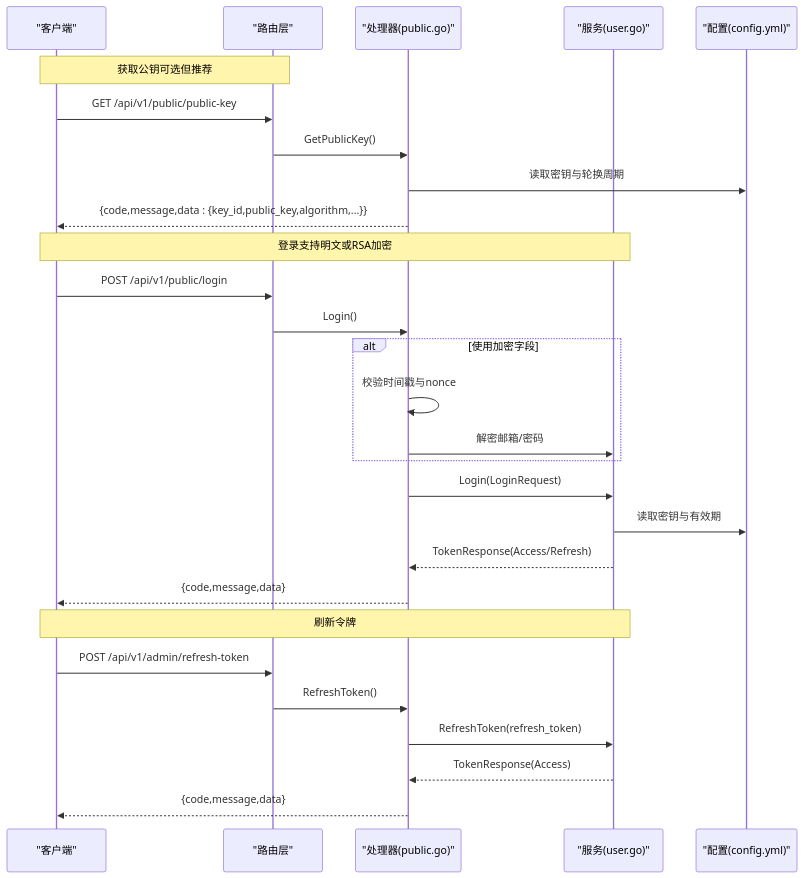
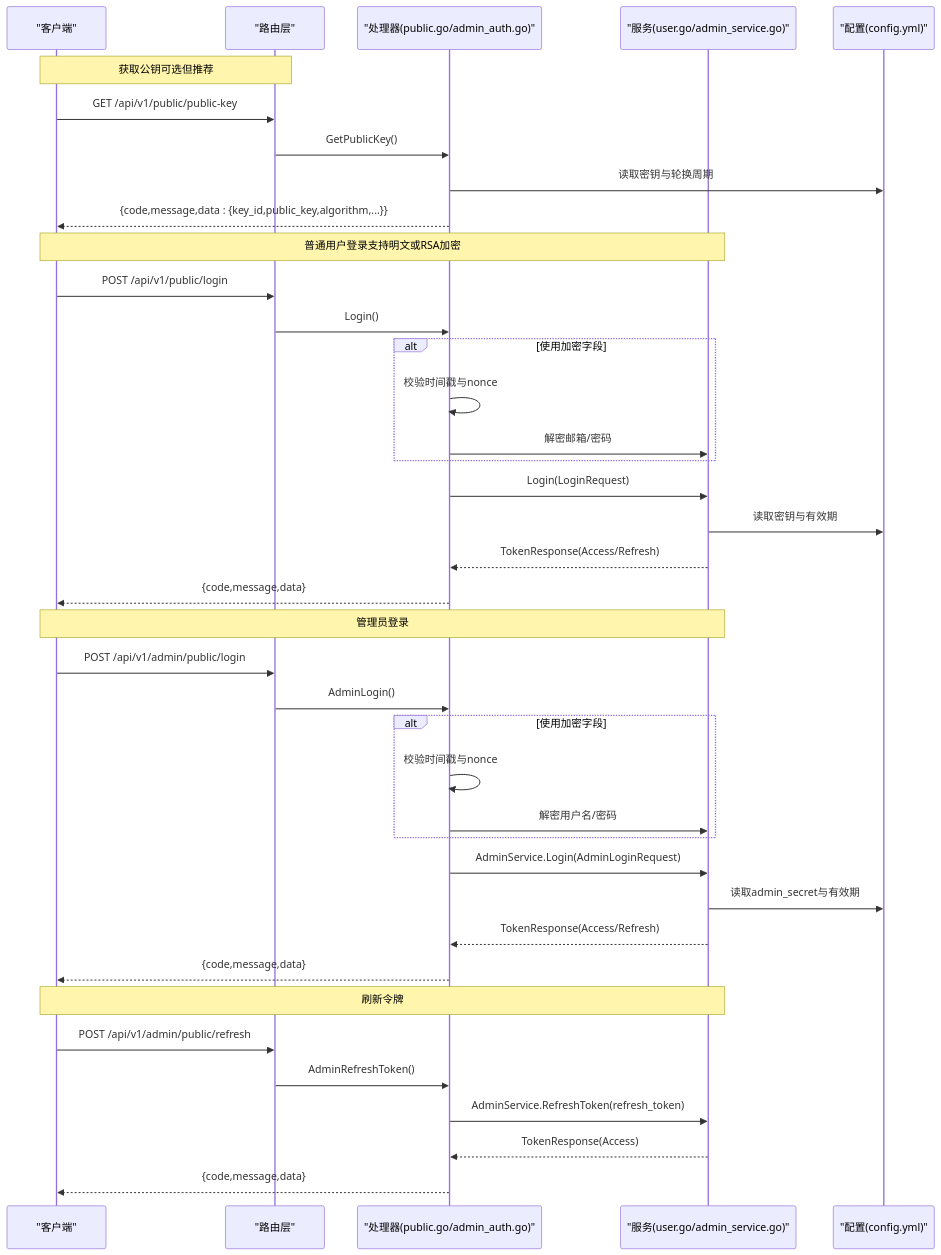
The second of 3 diagrams in .qoder/repowiki/zh/content/API 接口文档/认证相关接口.md (wuwuseo/e-sports-go-admin), drawn with Mermaid before and after one commit. The commit also changed other lines of this file and 42 other files, not shown here.

````diff
--- a/.qoder/repowiki/zh/content/API 接口文档/认证相关接口.md
+++ b/.qoder/repowiki/zh/content/API 接口文档/认证相关接口.md
@@ -86,30 +94,41 @@
 ```mermaid
 sequenceDiagram
 participant C as "客户端"
 participant R as "路由层"
-participant H as "处理器(public.go)"
-participant S as "服务(user.go)"
+participant H as "处理器(public.go/admin_auth.go)"
+participant S as "服务(user.go/admin_service.go)"
 participant CFG as "配置(config.yml)"
 Note over C,R : 获取公钥可选但推荐
 C->>R : GET /api/v1/public/public-key
 R->>H : GetPublicKey()
 H->>CFG : 读取密钥与轮换周期
 H-->>C : {code,message,data : {key_id,public_key,algorithm,...}}
-Note over C,S : 登录支持明文或RSA加密
+Note over C,S : 普通用户登录支持明文或RSA加密
 C->>R : POST /api/v1/public/login
 R->>H : Login()
 alt 使用加密字段
 H->>H : 校验时间戳与nonce
 H->>S : 解密邮箱/密码
 end
 H->>S : Login(LoginRequest)
 S->>CFG : 读取密钥与有效期
 S-->>H : TokenResponse(Access/Refresh)
 H-->>C : {code,message,data}
+Note over C,S : 管理员登录
+C->>R : POST /api/v1/admin/public/login
+R->>H : AdminLogin()
+alt 使用加密字段
+H->>H : 校验时间戳与nonce
+H->>S : 解密用户名/密码
+end
+H->>S : AdminService.Login(AdminLoginRequest)
+S->>CFG : 读取admin_secret与有效期
+S-->>H : TokenResponse(Access/Refresh)
+H-->>C : {code,message,data}
 Note over C,S : 刷新令牌
-C->>R : POST /api/v1/admin/refresh-token
-R->>H : RefreshToken()
-H->>S : RefreshToken(refresh_token)
+C->>R : POST /api/v1/admin/public/refresh
+R->>H : AdminRefreshToken()
+H->>S : AdminService.RefreshToken(refresh_token)
 S-->>H : TokenResponse(Access)
 H-->>C : {code,message,data}
 ```
````
